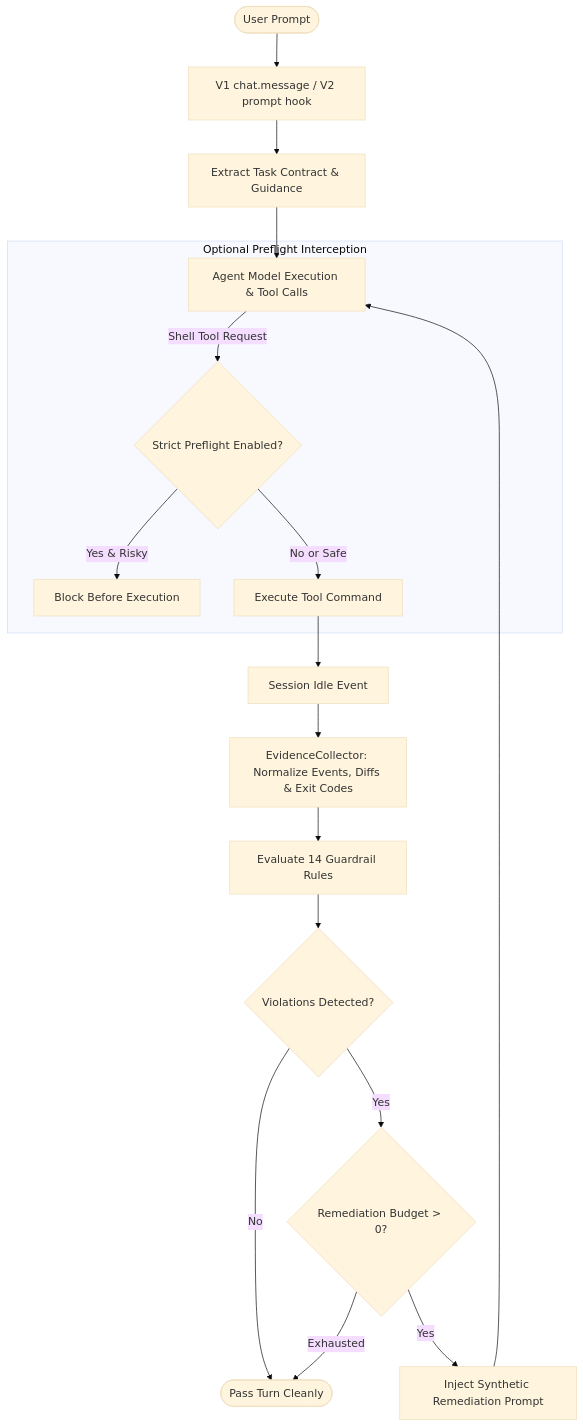
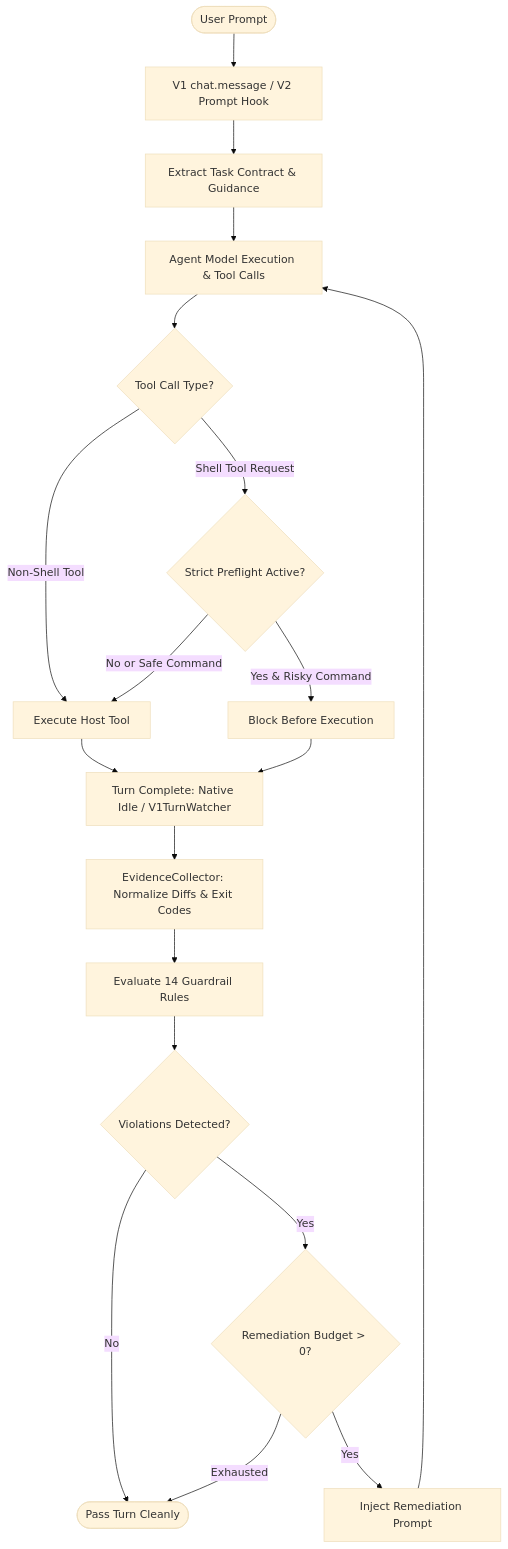
The diagram in README.md (huseyincig/opencode-guardian), drawn with Mermaid (base theme) before and after one commit. The commit also changed other lines of this file, not shown here.

Commit message:
docs: enhance README badges and streamline architecture flowchart

````diff
--- a/README.md
+++ b/README.md
@@ -261,23 +265,26 @@
 ```mermaid
 flowchart TD
-    User([User Prompt]) --> PreHook[V1 chat.message / V2 prompt hook]
+    User([User Prompt]) --> PreHook[V1 chat.message / V2 Prompt Hook]
     PreHook --> Contract[Extract Task Contract & Guidance]
     Contract --> Agent[Agent Model Execution & Tool Calls]
-    
-    subgraph Preflight [Optional Preflight Interception]
-        Agent -->|Shell Tool Request| PreflightCheck{Strict Preflight Enabled?}
-        PreflightCheck -->|Yes & Risky| BlockPreflight[Block Before Execution]
-        PreflightCheck -->|No or Safe| ExecTool[Execute Tool Command]
-    end
-    
-    ExecTool --> IdleEvent[Session Idle Event]
-    IdleEvent --> Collector[EvidenceCollector: Normalize Events, Diffs & Exit Codes]
+
+    Agent --> ToolCall{Tool Call Type?}
+    ToolCall -->|Non-Shell Tool| ExecTool[Execute Host Tool]
+    ToolCall -->|Shell Tool Request| PreflightCheck{Strict Preflight Active?}
+
+    PreflightCheck -->|Yes & Risky Command| BlockPreflight[Block Before Execution]
+    PreflightCheck -->|No or Safe Command| ExecTool
+
+    ExecTool --> TurnEnd[Turn Complete: Native Idle / V1TurnWatcher]
+    BlockPreflight --> TurnEnd
+
+    TurnEnd --> Collector[EvidenceCollector: Normalize Diffs & Exit Codes]
     Collector --> Evaluator[Evaluate 14 Guardrail Rules]
-    
+
     Evaluator --> Decision{Violations Detected?}
     Decision -->|No| Pass([Pass Turn Cleanly])
     Decision -->|Yes| Budget{Remediation Budget > 0?}
-    Budget -->|Yes| Remediate[Inject Synthetic Remediation Prompt]
+    Budget -->|Yes| Remediate[Inject Remediation Prompt]
     Budget -->|Exhausted| Pass
     Remediate --> Agent
 ```
````
